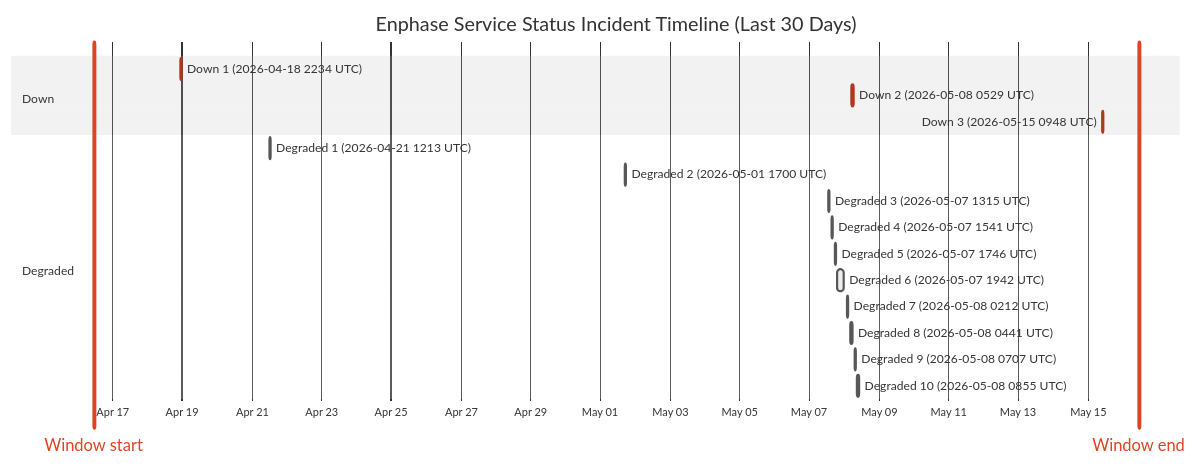
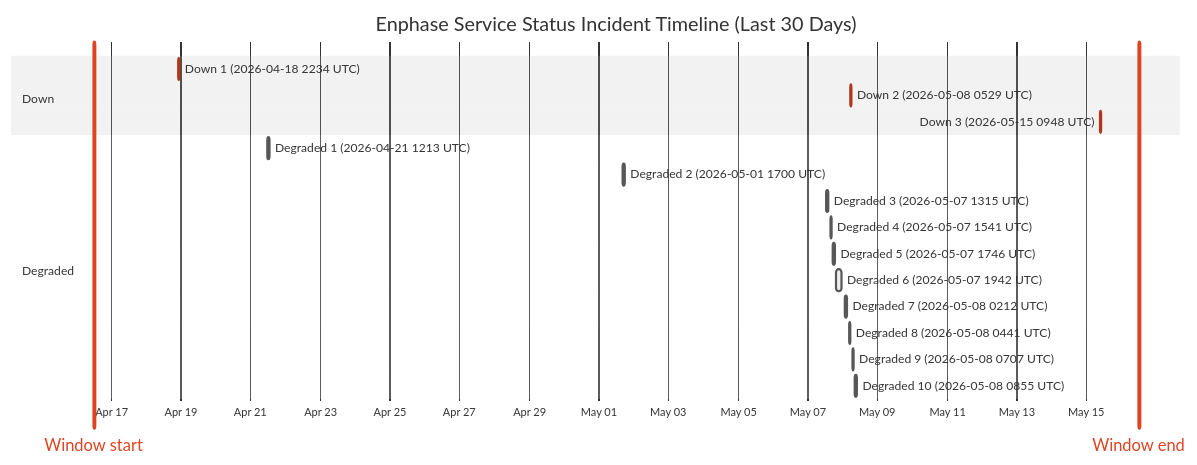
The diagram in wiki/Service-Status-History.md (barneyonline/ha-enphase-ev-charger), drawn with Mermaid (neutral theme) before and after one commit. The commit also changed other lines of this file and 3 other files, not shown here.

````diff
--- a/wiki/Service-Status-History.md
+++ b/wiki/Service-Status-History.md
@@ -14,23 +14,23 @@
 ```mermaid
 gantt
     title Enphase Service Status Incident Timeline (Last 30 Days)
     dateFormat  YYYY-MM-DDTHH:mm:ss
     axisFormat  %b %d
-    Window start :vert, window-start, 2026-04-16T11:01:54, 0ms
-    Window end :vert, window-end, 2026-05-16T11:01:54, 0ms
+    Window start :vert, window-start, 2026-04-16T12:12:40, 0ms
+    Window end :vert, window-end, 2026-05-16T12:12:40, 0ms
     section Down
     Down 1 (2026-04-18 2234 UTC) :crit, down-1, 2026-04-18T22:34:13, 60m
     Down 2 (2026-05-08 0529 UTC) :crit, down-2, 2026-05-08T05:29:47, 60m
     Down 3 (2026-05-15 0948 UTC) :crit, down-3, 2026-05-15T09:48:18, 60m
     section Degraded
     Degraded 1 (2026-04-21 1213 UTC) :active, degraded-1, 2026-04-21T12:13:11, 60m
     Degraded 2 (2026-05-01 1700 UTC) :active, degraded-2, 2026-05-01T17:00:22, 60m
     Degraded 3 (2026-05-07 1315 UTC) :active, degraded-3, 2026-05-07T13:15:25, 60m
     Degraded 4 (2026-05-07 1541 UTC) :active, degraded-4, 2026-05-07T15:41:58, 60m
     Degraded 5 (2026-05-07 1746 UTC) :active, degraded-5, 2026-05-07T17:46:51, 60m
     Degraded 6 (2026-05-07 1942 UTC) :active, degraded-6, 2026-05-07T19:42:10, 249m
     Degraded 7 (2026-05-08 0212 UTC) :active, degraded-7, 2026-05-08T02:12:39, 60m
     Degraded 8 (2026-05-08 0441 UTC) :active, degraded-8, 2026-05-08T04:41:46, 60m
     Degraded 9 (2026-05-08 0707 UTC) :active, degraded-9, 2026-05-08T07:07:30, 60m
     Degraded 10 (2026-05-08 0855 UTC) :active, degraded-10, 2026-05-08T08:55:20, 88m
 ```
````
